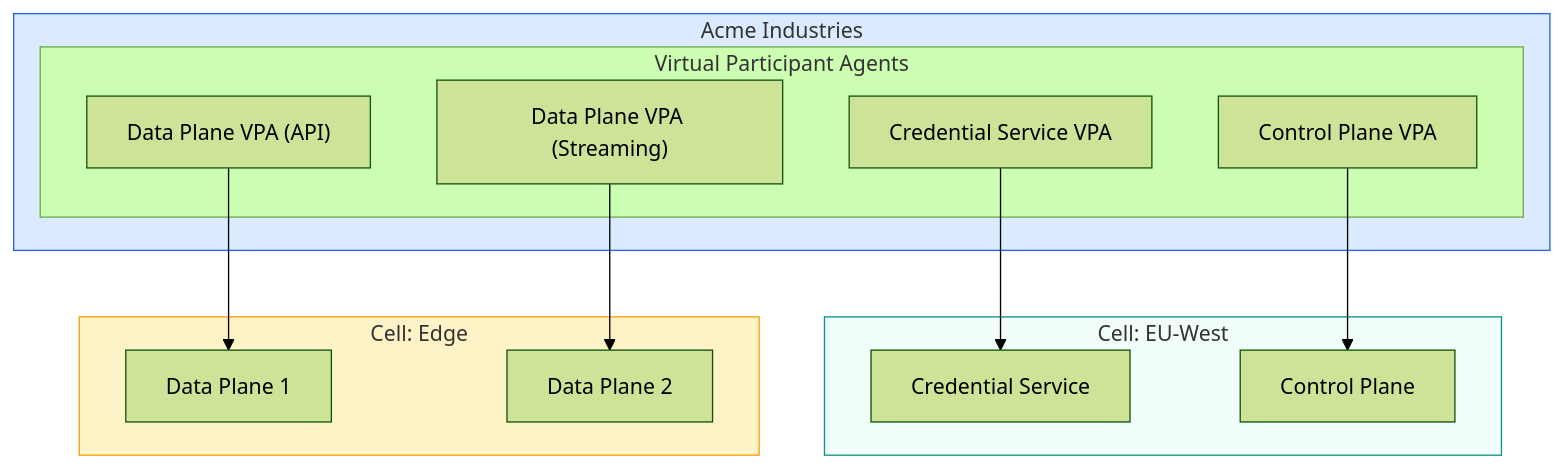
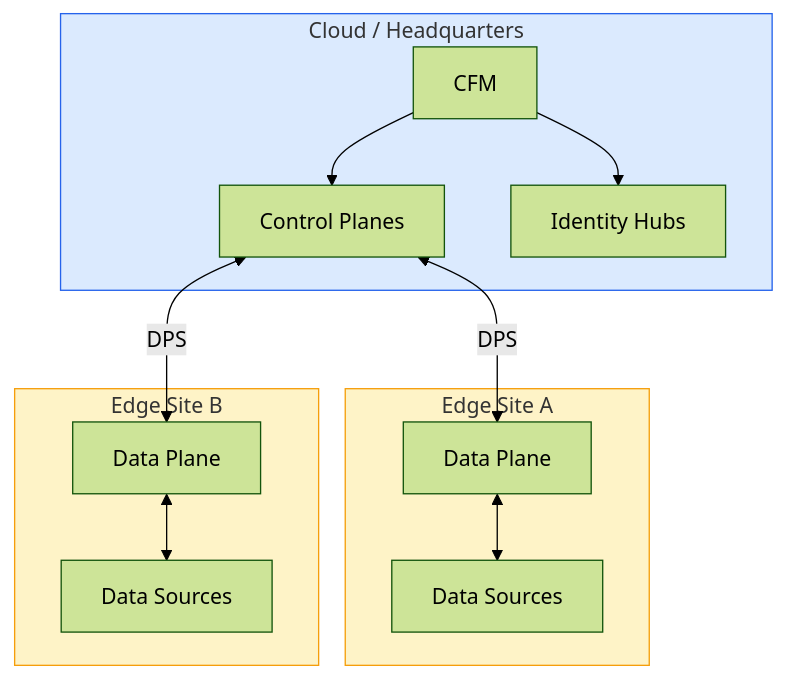
Before and after one commit to dataspacebuilder/website: the third of 4 diagrams in docs/architecture/deployment-topologies.md, drawn with Mermaid (forest theme). The commit also changed other lines of this file and 17 other files, not shown here.

````diff
--- a/docs/architecture/deployment-topologies.md
+++ b/docs/architecture/deployment-topologies.md
@@ -463,30 +160,29 @@
 ```mermaid
 flowchart TB
-    subgraph participant["Acme Industries"]
-        subgraph vpas["Virtual Participant Agents"]
-            cs_vpa["Credential Service VPA"]
-            cp_vpa["Control Plane VPA"]
-            dp_vpa1["Data Plane VPA (API)"]
-            dp_vpa2["Data Plane VPA (Streaming)"]
-        end
+    subgraph cloud["Cloud / Headquarters"]
+        cfm["CFM"]
+        cp["Control Planes"]
+        ih["Identity Hubs"]
     end
     
-    subgraph cell1["Cell: EU-West"]
-        cs_runtime["Credential Service"]
-        cp_runtime["Control Plane"]
+    subgraph edge1["Edge Site A"]
+        dp1["Data Plane"]
+        src1["Data Sources"]
     end
     
-    subgraph cell2["Cell: Edge"]
-        dp1_runtime["Data Plane 1"]
-        dp2_runtime["Data Plane 2"]
+    subgraph edge2["Edge Site B"]
+        dp2["Data Plane"]
+        src2["Data Sources"]
     end
     
-    cs_vpa --> cs_runtime
-    cp_vpa --> cp_runtime
-    dp_vpa1 --> dp1_runtime
-    dp_vpa2 --> dp2_runtime
+    cfm --> cp
+    cfm --> ih
+    cp <-->|"DPS"| dp1
+    cp <-->|"DPS"| dp2
+    dp1 <--> src1
+    dp2 <--> src2
     
-    style participant fill:#dbeafe,stroke:#2563eb
-    style cell1 fill:#f0fdfa,stroke:#0d9488
-    style cell2 fill:#fef3c7,stroke:#f59e0b
+    style cloud fill:#dbeafe,stroke:#2563eb
+    style edge1 fill:#fef3c7,stroke:#f59e0b
+    style edge2 fill:#fef3c7,stroke:#f59e0b
 ```
````
